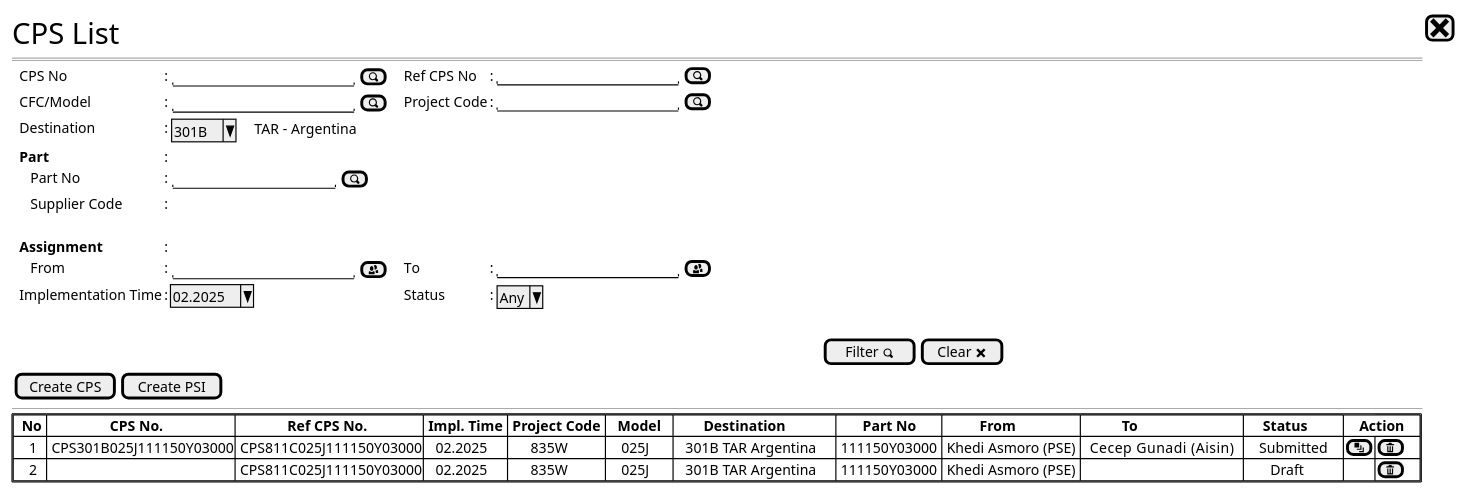
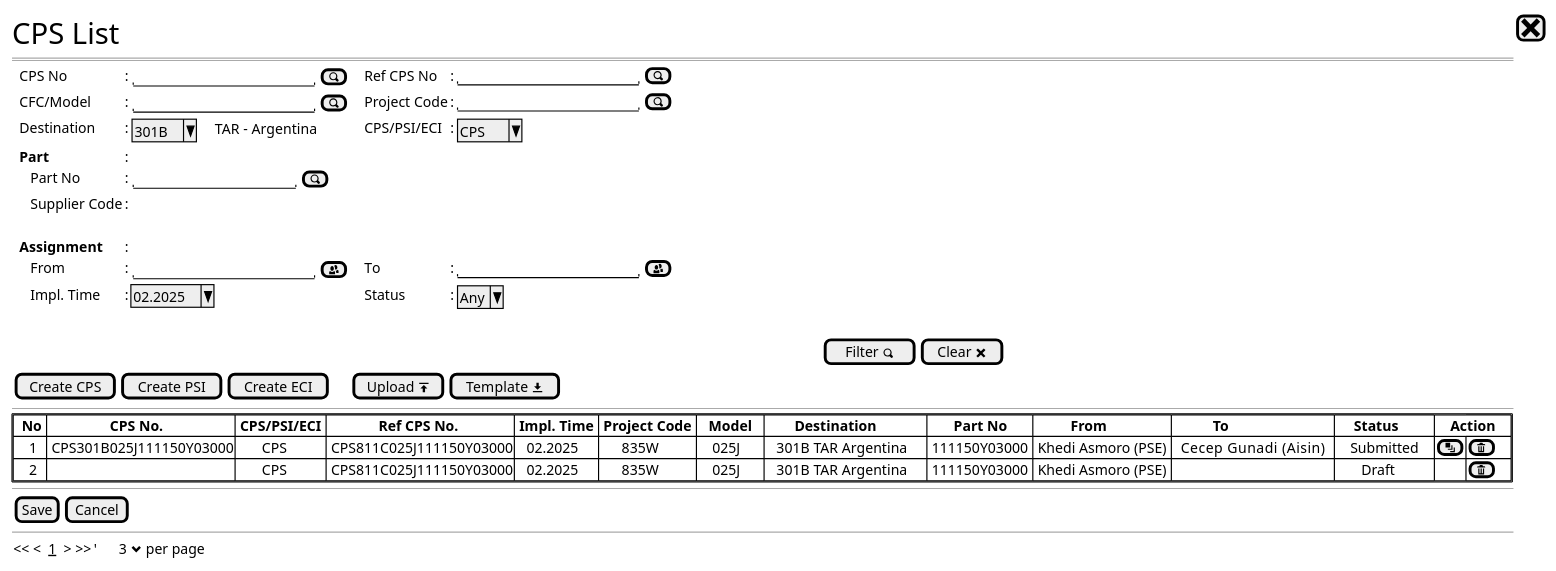
Before and after one commit to ari-fikri/packing-cost-mockup: the diagram in CPS PSE scenario/cps - new step0b (pse).puml, drawn with PlantUML. The commit also changed 1 other file, not shown here.

Commit message:
Accomodate record of type CPS/PSI/ECI into the CPS List

```diff
--- a/CPS PSE scenario/cps - new step0b (pse).puml
+++ b/CPS PSE scenario/cps - new step0b (pse).puml
@@ -12,38 +12,38 @@
 @startsalt
 {
   <size:25>CPS List |[<size:25><&x>]|*
   ==
   {
     .|CPS No              |: {|"                   "|[<&magnifying-glass>] |}.|.|Ref CPS No          |: |"                   "|[<&magnifying-glass>]|*
     .|CFC/Model           |: {|"                   "|[<&magnifying-glass>] |}.|.|Project Code        |: |"                   "|[<&magnifying-glass>]|*
-    .|Destination         |: {|^301B ^|    TAR - Argentina |}                .|*
+    .|Destination         |: {|^301B ^|    TAR - Argentina |}                .|.|CPS/PSI/ECI         |: {|^ CPS ^             |}*
     .|<b>Part          |: |*
     .|   Part No             |: {|"                 "|[<&magnifying-glass>]|}*
     .|   Supplier Code       |: {|                  |}*    
     .
     .|<b>Assignment          |: |*
     .|   From                |: {|"                   "|[<&people>]           |}.|.|To                  |: |"                   "|[<&people>]|*    
-    .|Implementation Time |: |^02.2025^     |.|.|Status        |: {| ^Any^ |}*    
+    .|   Impl. Time          |: |^02.2025^     |.|.|Status        |: {| ^Any^ |}*    
   }
   .
   {|                                                                                                                                                                                                                             |[Filter <&magnifying-glass>]|[Clear <&x>]|}
-    {[Create CPS] | [Create PSI]|}*
+    {[Create CPS] | [Create PSI]|[Create ECI]|.|.                |.           |                        [Upload <&data-transfer-upload>]| [Template <&data-transfer-download>]|} *
     --
     {+
       {#
         '|<b> CPS No. |<b> Ref CPS No. |<b>DPI No|<b> Issued Date|<b>Effective Date|<b> CFC/Pjt   |<b> Model  |<b> # Parts        |<b> From               |<b> To                 |<b> Status       |<b>  Action   |*|*|*
-        |  <b>No |                 <b>CPS No.                 |              <b>Ref CPS No.              | <b>Impl. Time | <b>Project Code |   <b>Model   |        <b>Destination        |      <b> Part No      |          <b>From          |           <b>To           |     <b>Status     |    <b>Action    |*|*
-        |    1   | CPS301B025J111150Y03000                        | CPS811C025J111150Y03000                        |   02.2025     |      835W       |    025J      |   301B TAR Argentina           | 111150Y03000          | Khedi Asmoro (PSE)        |  Cecep Gunadi (Aisin)     |    Submitted    |[<&layers>]|[<&trash>]|*
-        |    2   |.                                               | CPS811C025J111150Y03000                        |   02.2025     |      835W       |    025J      |   301B TAR Argentina           | 111150Y03000          | Khedi Asmoro (PSE)        |.                          |       Draft     |.|[<&trash>]|*
-      }
+        |  <b>No |                 <b>CPS No.                 | <b>CPS/PSI/ECI |              <b>Ref CPS No.              | <b>Impl. Time | <b>Project Code |   <b>Model   |        <b>Destination        |      <b> Part No      |          <b>From          |           <b>To           |     <b>Status     |    <b>Action    |*|*
+        |    1   | CPS301B025J111150Y03000                    |       CPS      | CPS811C025J111150Y03000                        |   02.2025     |      835W       |    025J      |   301B TAR Argentina           | 111150Y03000          | Khedi Asmoro (PSE)        |  Cecep Gunadi (Aisin)     |    Submitted    |[<&layers>]|[<&trash>]|*
+        |    2   |.                                           |       CPS      | CPS811C025J111150Y03000                        |   02.2025     |      835W       |    025J      |   301B TAR Argentina           | 111150Y03000          | Khedi Asmoro (PSE)        |.                          |       Draft     |.|[<&trash>]|*
+      
     }
 
   }
   --
   {[Save] | [Cancel]|}*
   --
   {
   << <  __1__  > >>  |'      3 <&chevron-bottom> per page |*
   }  
 }
 @endsalt
```
